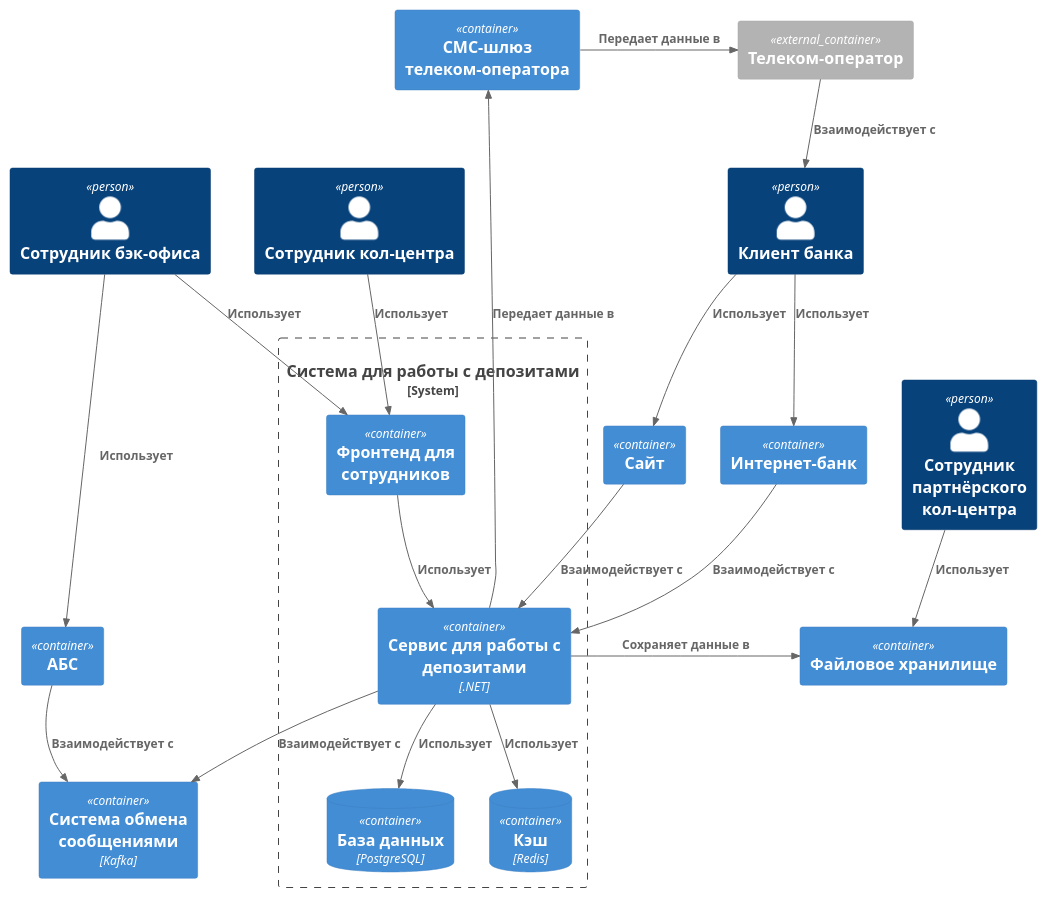
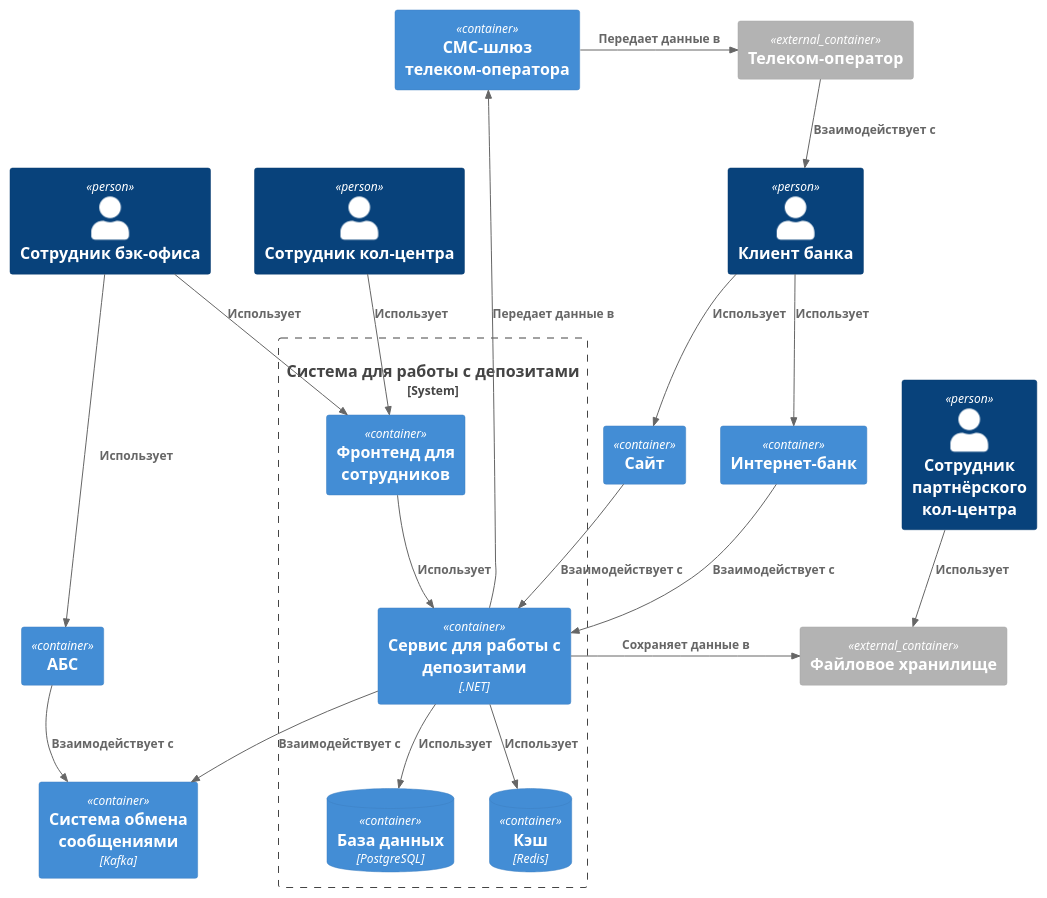
One commit to vsevolod-nikitin/yandex-practicum-architecture-pro-standart changed the diagram in Task4/Containers.puml. Above: the diagram before and after it, drawn with PlantUML. The commit also changed 4 other files, not shown here.

```diff
--- a/Task4/Containers.puml
+++ b/Task4/Containers.puml
@@ -1,52 +1,52 @@
 @startuml Containers
 !include https://raw.githubusercontent.com/plantuml-stdlib/C4-PlantUML/master/C4_Container.puml
 
 Person(client, "Клиент банка")
 Person(backEmployee, "Сотрудник бэк-офиса")
 Person(callerEmployee, "Сотрудник кол-центра")
 Person(externalPartnerEmployee, "Сотрудник партнёрского кол-центра")
 
 Container(website, "Сайт")
 Container(internetBank, "Интернет-банк")
 Container(absSystem, "АБС")
 
 System_Boundary(depositSystem, "Система для работы с депозитами"){
     Container(depositServiceFrontend, "Фронтенд для сотрудников")
     Container(depositService, "Сервис для работы с депозитами", ".NET")
     ContainerDb(depositServiceDb, "База данных", "PostgreSQL")
     ContainerDb(depositCache, "Кэш", "Redis")
 }
 
 Container(smsGateway, "СМС-шлюз телеком-оператора")
-Container(fileArchive, "Файловое хранилище")
+Container_Ext(fileArchive, "Файловое хранилище")
 Container(messageBroker, "Система обмена сообщениями", "Kafka")
 
 Container_Ext(telecomOperator, "Телеком-оператор")
 
 Rel(client, internetBank, "Использует")
 Rel(client, website, "Использует")
 
 Rel(backEmployee, depositServiceFrontend, "Использует")
 Rel(backEmployee, absSystem, "Использует")
 Rel(callerEmployee, depositServiceFrontend, "Использует")
 
 Rel(internetBank, depositService, "Взаимодействует с")
 Rel(website, depositService, "Взаимодействует с")
 
 Rel(depositService, smsGateway, "Передает данные в")
 Rel(depositService, depositServiceDb, "Использует")
 Rel(depositService, depositCache, "Использует")
 Rel(depositServiceFrontend, depositService, "Использует")
 
 Rel_R(smsGateway, telecomOperator, "Передает данные в")
 Rel(telecomOperator, client, "Взаимодействует с")
 
 Rel_R(depositService, fileArchive, "Сохраняет данные в")
 Rel(externalPartnerEmployee, fileArchive, "Использует")
 
 Rel(absSystem, messageBroker, "Взаимодействует с")
 Rel(depositService, messageBroker, "Взаимодействует с")
 
 LAYOUT_TOP_DOWN()
 
 @enduml
```
